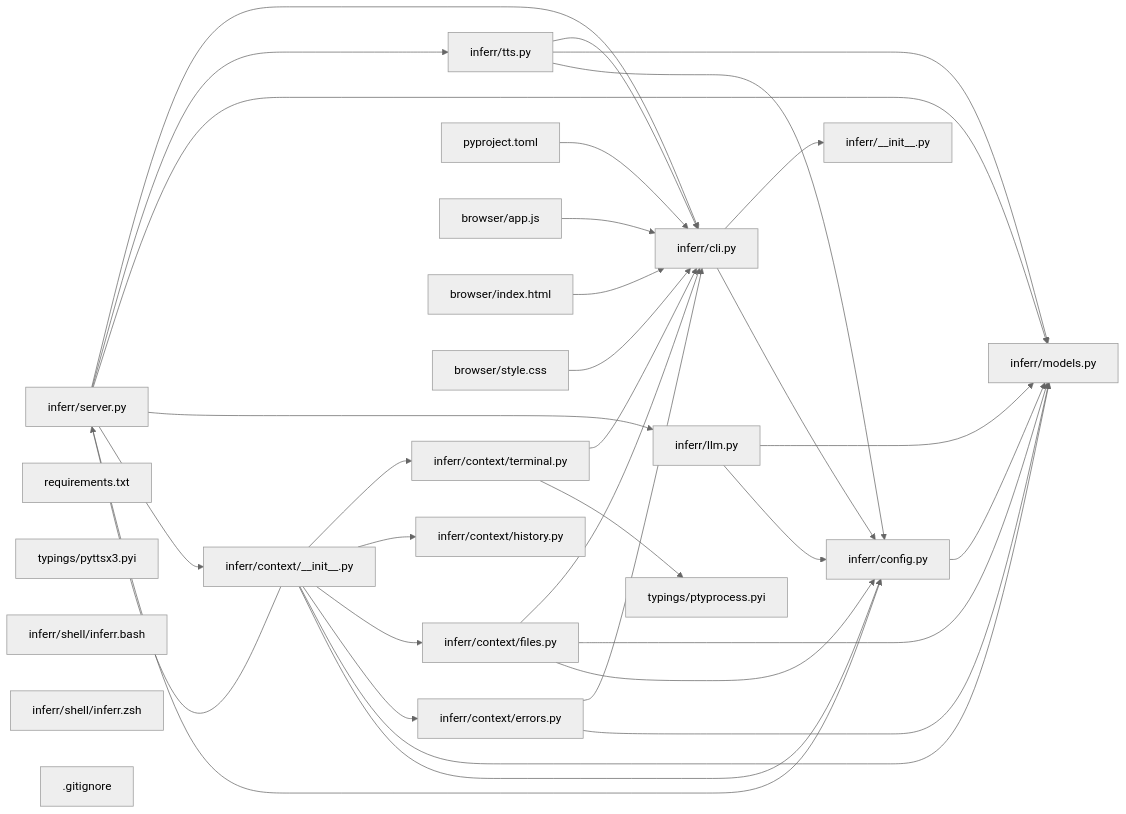
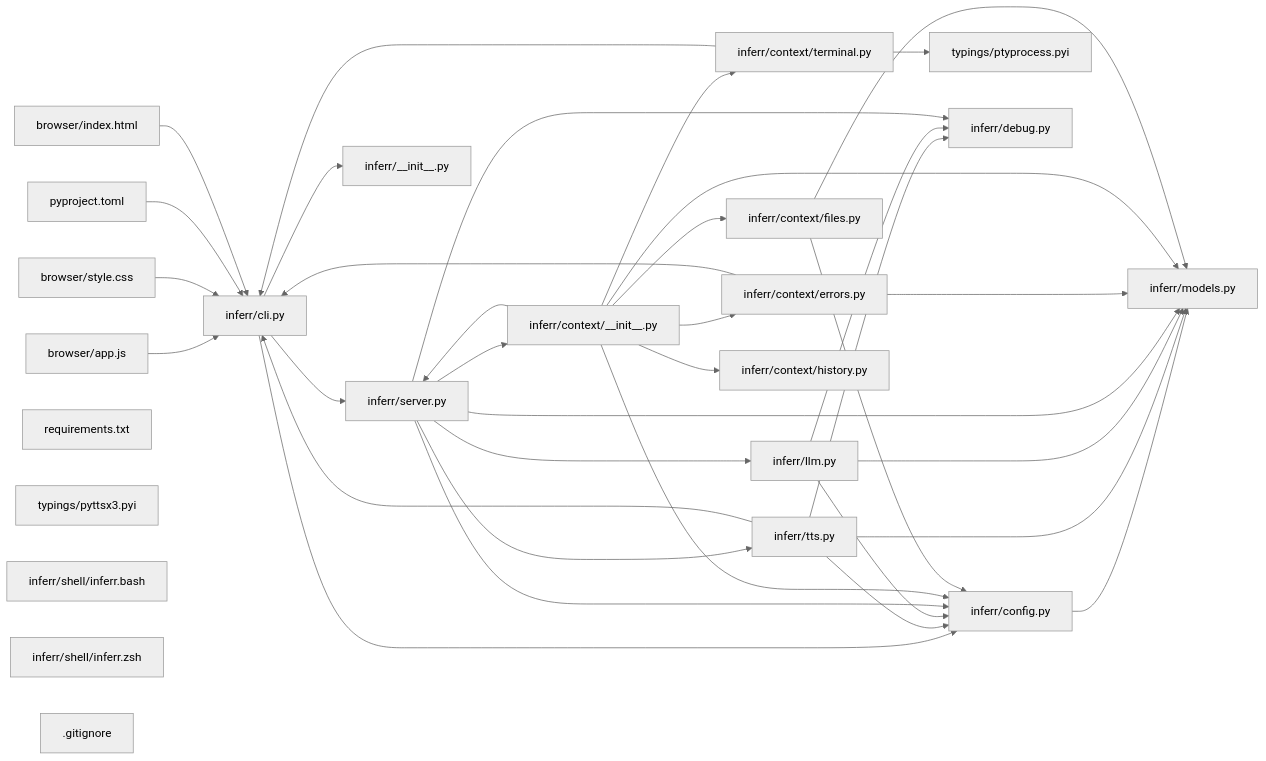
One commit to hey-granth/Inferr changed the diagram in CONTEXT.md. Above: the diagram before and after it, drawn with Mermaid (neutral theme). The commit also changed other lines of this file and 7 other files, not shown here.

````diff
--- a/CONTEXT.md
+++ b/CONTEXT.md
@@ -502,57 +559,60 @@
 ```mermaid
 graph LR
     f0["inferr/models.py"]
     f1["inferr/config.py"]
     f2["inferr/cli.py"]
     f3["inferr/tts.py"]
     f4["inferr/llm.py"]
-    f5["inferr/context/errors.py"]
-    f6["inferr/context/terminal.py"]
-    f7["pyproject.toml"]
-    f8["inferr/server.py"]
-    f9["inferr/context/__init__.py"]
-    f10["browser/app.js"]
-    f11["browser/index.html"]
-    f12["browser/style.css"]
-    f13["inferr/__init__.py"]
+    f5["inferr/server.py"]
+    f6["inferr/context/errors.py"]
+    f7["inferr/context/terminal.py"]
+    f8["browser/app.js"]
+    f9["browser/style.css"]
+    f10["pyproject.toml"]
+    f11["inferr/context/__init__.py"]
+    f12["inferr/__init__.py"]
+    f13["browser/index.html"]
     f14["typings/ptyprocess.pyi"]
     f15["requirements.txt"]
     f16["inferr/context/files.py"]
-    f17["typings/pyttsx3.pyi"]
-    f18["inferr/context/history.py"]
-    f19["inferr/shell/inferr.bash"]
-    f20["inferr/shell/inferr.zsh"]
-    f21[".gitignore"]
+    f17["inferr/debug.py"]
+    f18["typings/pyttsx3.pyi"]
+    f19["inferr/context/history.py"]
+    f20["inferr/shell/inferr.bash"]
+    f21["inferr/shell/inferr.zsh"]
+    f22[".gitignore"]
     f1 --> f0
-    f2 --> f13
+    f2 --> f5
+    f2 --> f12
     f2 --> f1
     f3 --> f2
+    f3 --> f17
     f3 --> f0
     f3 --> f1
+    f4 --> f17
     f4 --> f0
     f4 --> f1
-    f5 --> f2
+    f5 --> f17
+    f5 --> f3
     f5 --> f0
+    f5 --> f4
+    f5 --> f11
+    f5 --> f1
     f6 --> f2
-    f6 --> f14
+    f6 --> f0
     f7 --> f2
+    f7 --> f14
     f8 --> f2
-    f8 --> f3
-    f8 --> f0
-    f8 --> f4
-    f8 --> f9
-    f8 --> f1
-    f9 --> f8
-    f9 --> f6
-    f9 --> f18
-    f9 --> f16
-    f9 --> f5
-    f9 --> f0
-    f9 --> f1
+    f9 --> f2
     f10 --> f2
-    f11 --> f2
-    f12 --> f2
-    f16 --> f2
+    f11 --> f5
+    f11 --> f7
+    f11 --> f19
+    f11 --> f16
+    f11 --> f6
+    f11 --> f0
+    f11 --> f1
+    f13 --> f2
     f16 --> f0
     f16 --> f1
 ```
````
